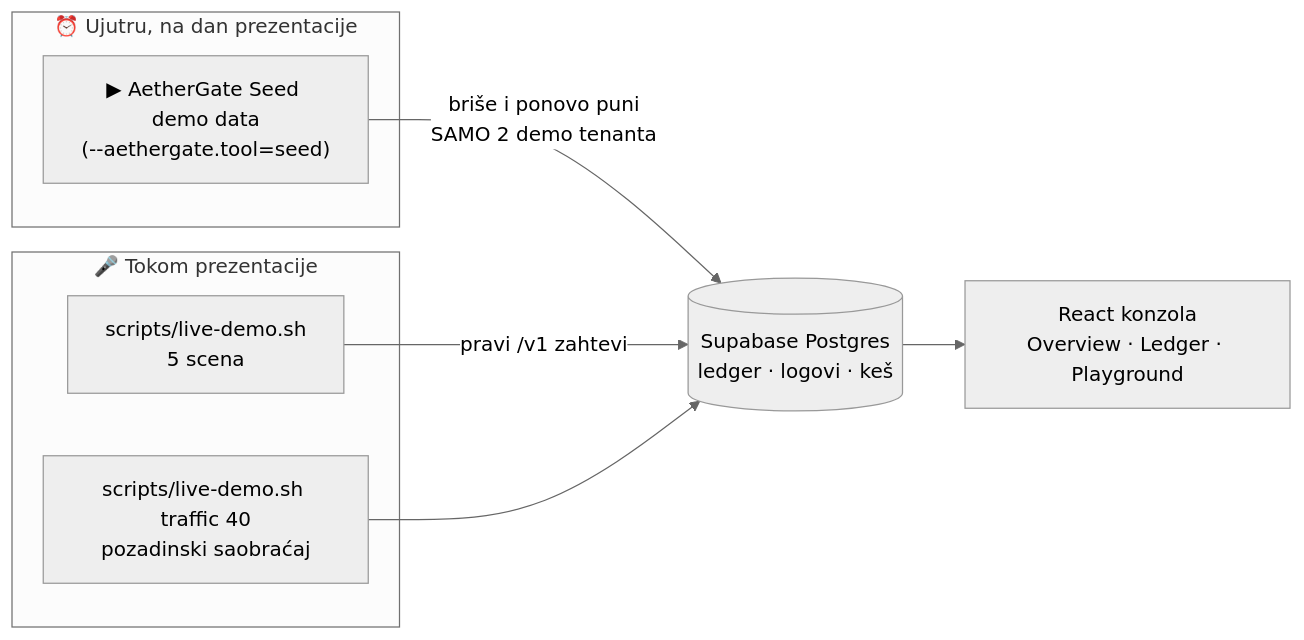
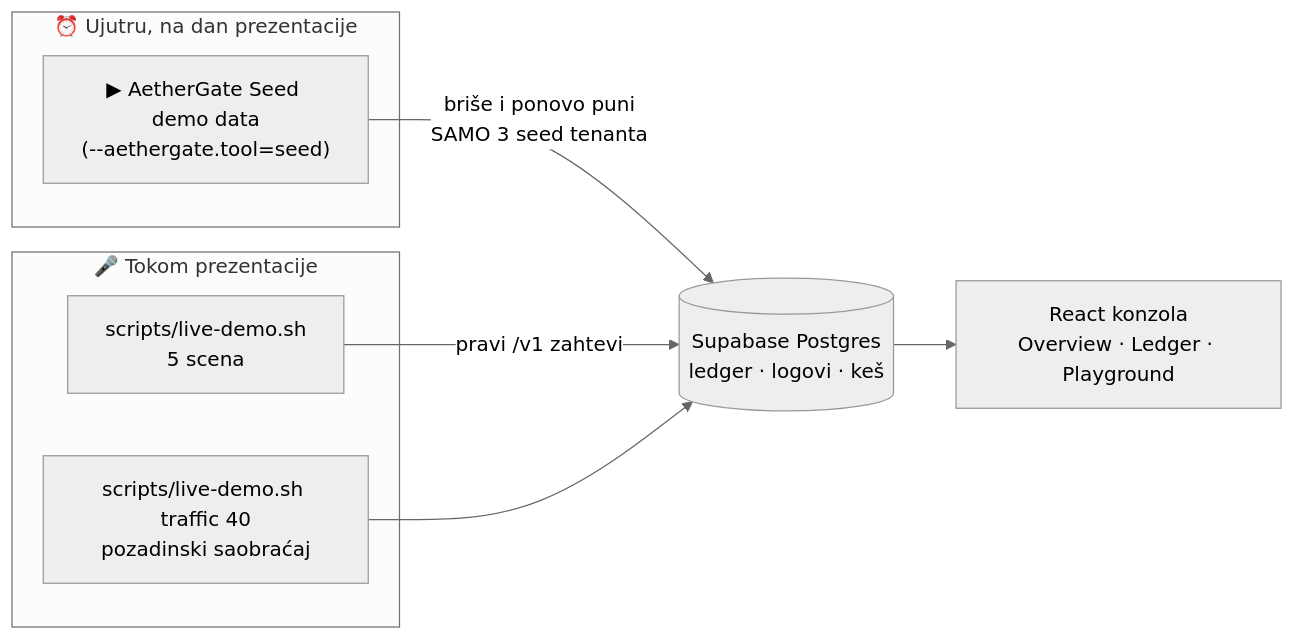
The first of 3 diagrams in docs/DEMO_DATA_AND_LIVE_DEMO.md (predragstevanovic/aethergate), drawn with Mermaid (neutral theme) before and after one commit. The commit also changed other lines of this file and 3 other files, not shown here.

````diff
--- a/docs/DEMO_DATA_AND_LIVE_DEMO.md
+++ b/docs/DEMO_DATA_AND_LIVE_DEMO.md
@@ -6,16 +6,16 @@
 ```mermaid
 flowchart LR
     subgraph Pre["⏰ Ujutru, na dan prezentacije"]
         S["▶ AetherGate Seed demo data<br/>(--aethergate.tool=seed)"]
     end
     subgraph Tokom["🎤 Tokom prezentacije"]
         L["scripts/live-demo.sh<br/>5 scena"]
         T["scripts/live-demo.sh traffic 40<br/>pozadinski saobraćaj"]
     end
     DB[("Supabase Postgres<br/>ledger · logovi · keš")]
     UI["React konzola<br/>Overview · Ledger · Playground"]
-    S -->|"briše i ponovo puni<br/>SAMO 2 demo tenanta"| DB
+    S -->|"briše i ponovo puni<br/>SAMO 3 seed tenanta"| DB
     L -->|"pravi /v1 zahtevi"| DB
     T --> DB
     DB --> UI
 ```
````
